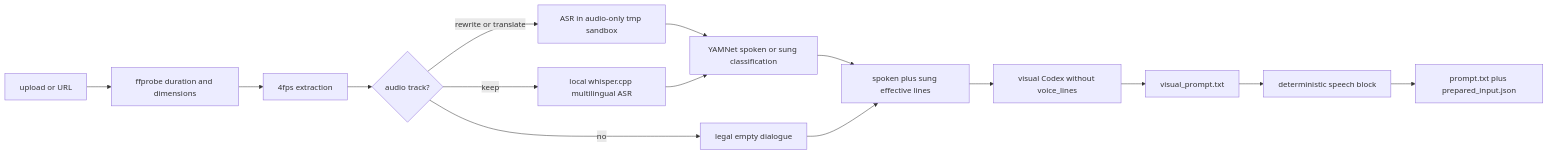
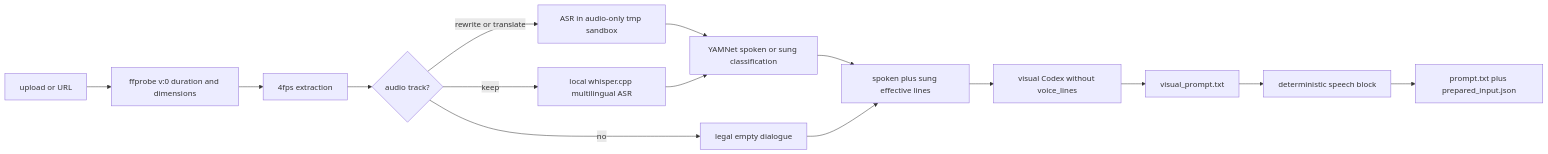
One commit to xy-plus/duet-ad changed the second of 3 diagrams in docs/agent/architecture/architecture.md. Above: the diagram before and after it, drawn with Mermaid. The commit also changed other lines of this file and 17 other files, not shown here.

Commit message:
fix: use visual timeline for media duration

````diff
--- a/docs/agent/architecture/architecture.md
+++ b/docs/agent/architecture/architecture.md
@@ -55,17 +55,17 @@
 ```mermaid
 flowchart LR
-  A[upload or URL] --> B[ffprobe duration and dimensions]
+  A[upload or URL] --> B[ffprobe v:0 duration and dimensions]
   B --> C[4fps extraction]
   C --> D{audio track?}
   D -->|keep| E[local whisper.cpp multilingual ASR]
   D -->|rewrite or translate| E2[ASR in audio-only tmp sandbox]
   E2 --> Y
   E --> Y[YAMNet spoken or sung classification]
   D -->|no| F[legal empty dialogue]
   Y --> G[spoken plus sung effective lines]
   F --> G
   G --> H[visual Codex without voice_lines]
   H --> I[visual_prompt.txt]
   I --> J[deterministic speech block]
   J --> K[prompt.txt plus prepared_input.json]
 ```
````
